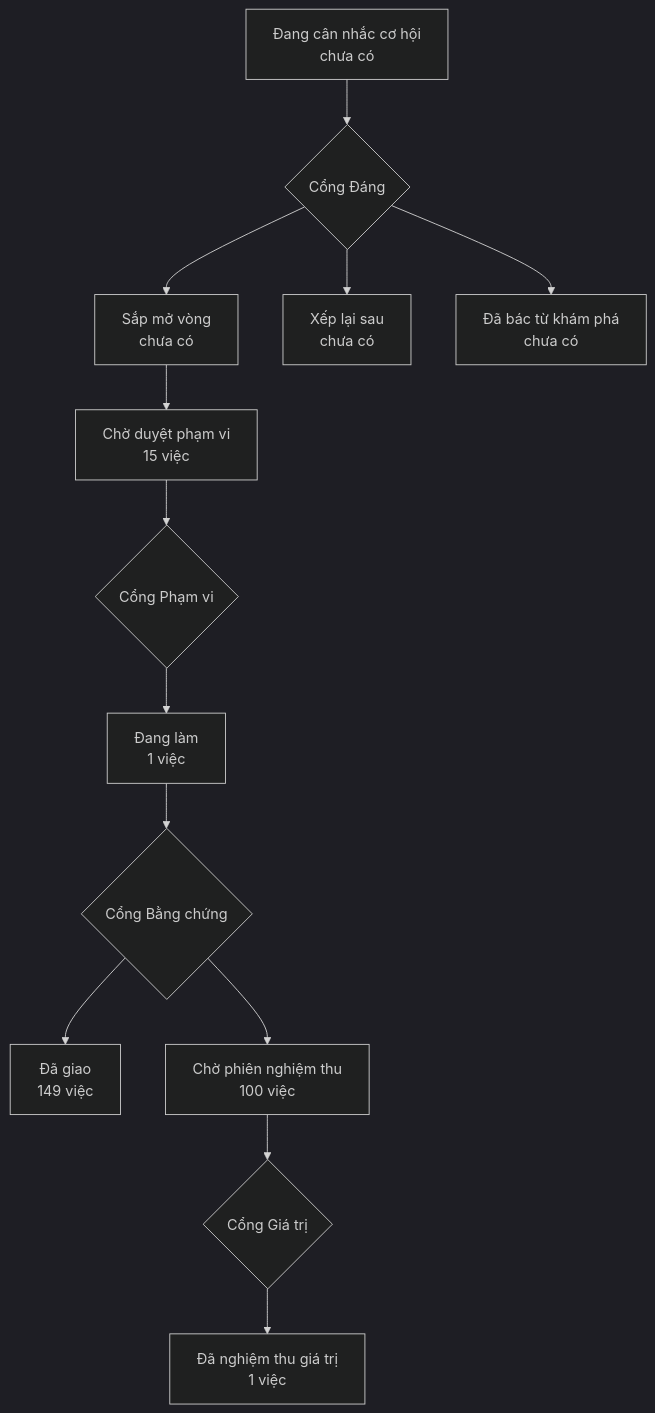
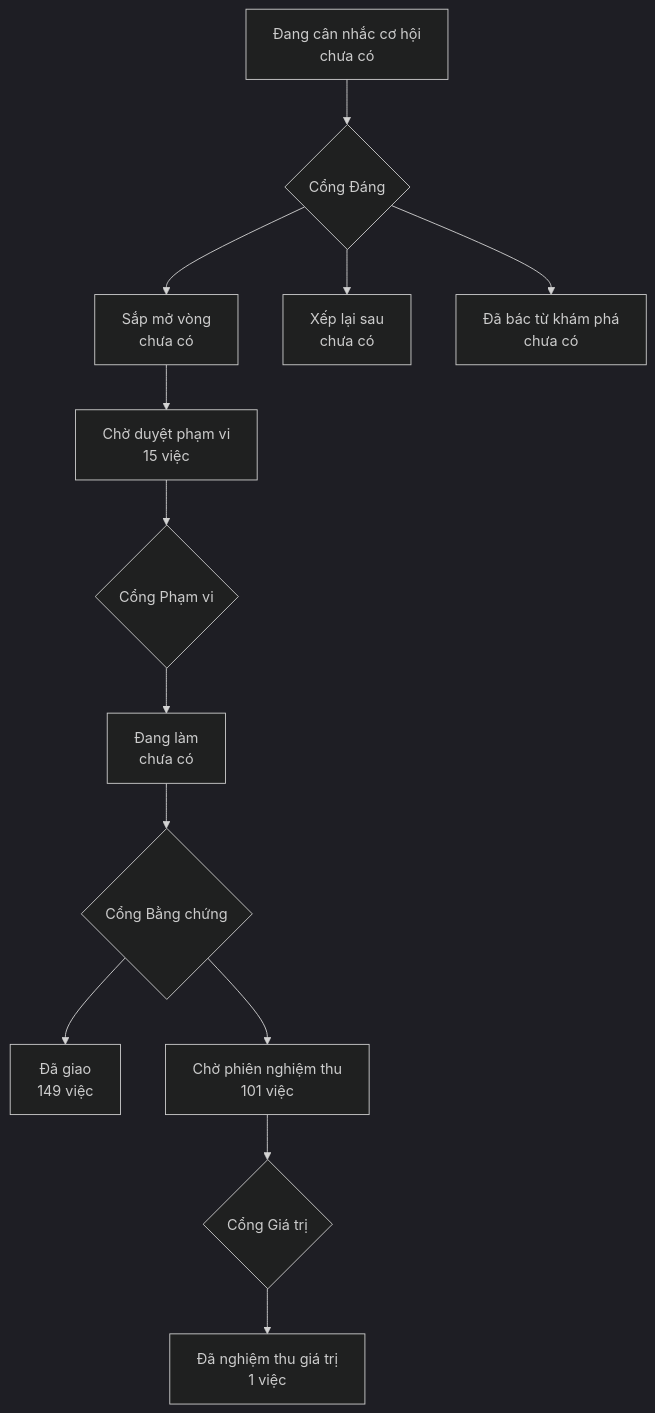
The diagram in PRODUCT-MAP.md (phanlemanh/onehub-invest), drawn with Mermaid (dark theme) before and after one commit. The commit also changed other lines of this file and 4 other files, not shown here.

````diff
--- a/PRODUCT-MAP.md
+++ b/PRODUCT-MAP.md
@@ -7,12 +7,12 @@
 ```mermaid
 flowchart TD
   A["Đang cân nhắc cơ hội<br/>chưa có"] --> GD{"Cổng Đáng"}
   GD --> B["Sắp mở vòng<br/>chưa có"]
   GD --> XL["Xếp lại sau<br/>chưa có"]
   GD --> DB["Đã bác từ khám phá<br/>chưa có"]
   B --> CD["Chờ duyệt phạm vi<br/>15 việc"] --> GP{"Cổng Phạm vi"}
-  GP --> DL["Đang làm<br/>1 việc"] --> GB{"Cổng Bằng chứng"}
+  GP --> DL["Đang làm<br/>chưa có"] --> GB{"Cổng Bằng chứng"}
   GB --> DG["Đã giao<br/>149 việc"]
-  GB --> CN["Chờ phiên nghiệm thu<br/>100 việc"] --> GG{"Cổng Giá trị"}
+  GB --> CN["Chờ phiên nghiệm thu<br/>101 việc"] --> GG{"Cổng Giá trị"}
   GG --> NT["Đã nghiệm thu giá trị<br/>1 việc"]
 ```
````
